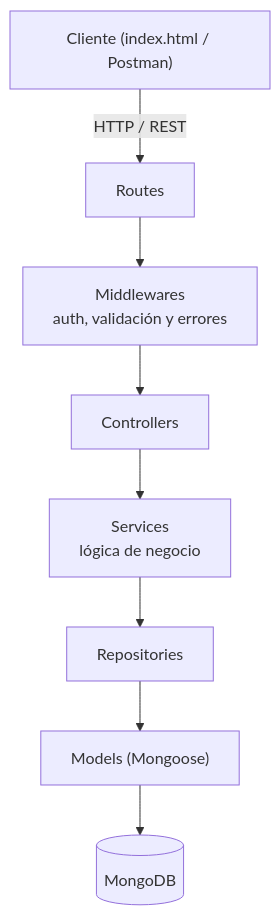
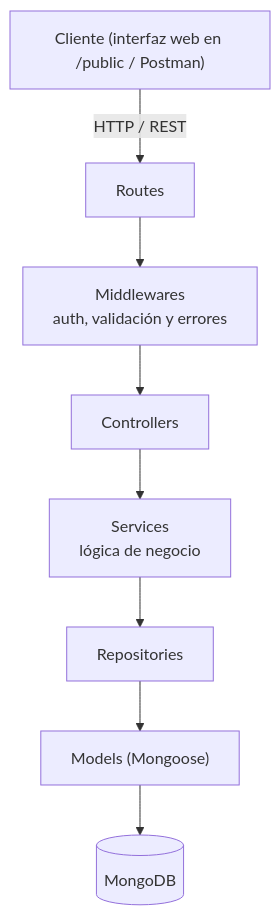
The diagram in README.md (FabXix/TurnHub), drawn with Mermaid before and after one commit. The commit also changed other lines of this file and 16 other files, not shown here.

````diff
--- a/README.md
+++ b/README.md
@@ -33,10 +33,10 @@
 ```mermaid
 flowchart TB
-    CLIENTE["Cliente (index.html / Postman)"] -->|"HTTP / REST"| ROUTES["Routes"]
+    CLIENTE["Cliente (interfaz web en /public / Postman)"] -->|"HTTP / REST"| ROUTES["Routes"]
     ROUTES --> MW["Middlewares<br/>auth, validación y errores"]
     MW --> CTRL["Controllers"]
     CTRL --> SVC["Services<br/>lógica de negocio"]
     SVC --> REPO["Repositories"]
     REPO --> MODELS["Models (Mongoose)"]
     MODELS --> DB[("MongoDB")]
 ```
````
